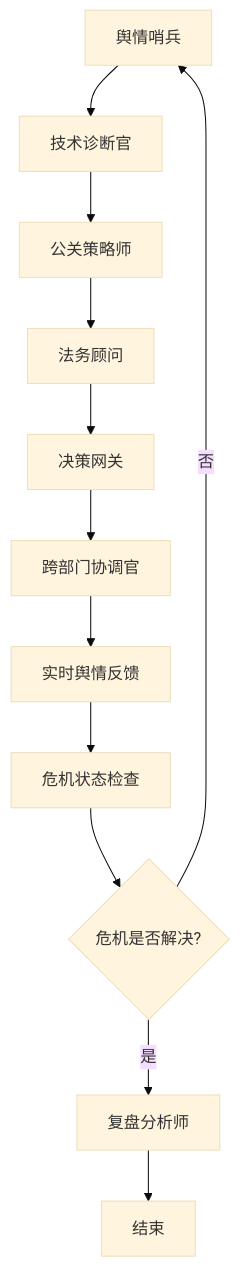
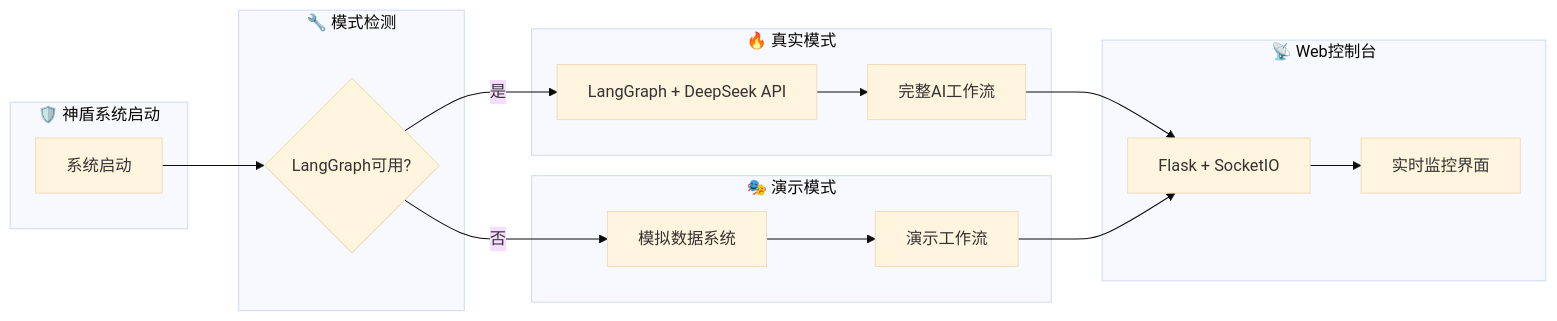
One commit to TS008/langgraph-sentiment-monitor changed the second of 2 diagrams in README.md. Above: the diagram before and after it, drawn with Mermaid (base theme). The commit also changed other lines of this file, not shown here.

Commit message:
更新README流程图 - 反映真实的复杂系统架构

````diff
--- a/README.md
+++ b/README.md
@@ -91,14 +185,34 @@
 ```mermaid
-graph TD
-    A[舆情哨兵] --> B[技术诊断官]
-    B --> C[公关策略师]
-    C --> D[法务顾问]
-    D --> E[决策网关]
-    E --> F[跨部门协调官]
-    F --> G[实时舆情反馈]
-    G --> H[危机状态检查]
-    H --> I{危机是否解决?}
-    I -->|否| A
-    I -->|是| J[复盘分析师]
-    J --> K[结束]
+graph LR
+    subgraph "🛡️ 神盾系统启动"
+        START[系统启动]
+    end
+    
+    subgraph "🔧 模式检测"
+        CHECK{LangGraph可用?}
+    end
+    
+    subgraph "🔥 真实模式"
+        REAL[LangGraph + DeepSeek API]
+        REAL_FLOW[完整AI工作流]
+    end
+    
+    subgraph "🎭 演示模式"
+        DEMO[模拟数据系统]
+        DEMO_FLOW[演示工作流]
+    end
+    
+    subgraph "📡 Web控制台"
+        WEB[Flask + SocketIO]
+        UI[实时监控界面]
+    end
+    
+    START --> CHECK
+    CHECK -->|是| REAL
+    CHECK -->|否| DEMO
+    REAL --> REAL_FLOW
+    DEMO --> DEMO_FLOW
+    REAL_FLOW --> WEB
+    DEMO_FLOW --> WEB
+    WEB --> UI
 ```
````
